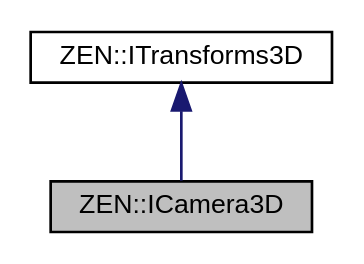
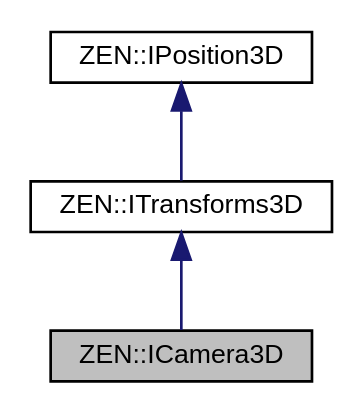
Before and after one commit to markhj/zeronetics: the diagram in classZEN_1_1ICamera3D__coll__graph.dot, drawn with Graphviz. The commit also changed 184 other files, not shown here.

```diff
--- a/classZEN_1_1ICamera3D__coll__graph.dot
+++ b/classZEN_1_1ICamera3D__coll__graph.dot
@@ -1,9 +1,11 @@
 digraph "ZEN::ICamera3D"
 {
  // LATEX_PDF_SIZE
   edge [fontname="Helvetica",fontsize="10",labelfontname="Helvetica",labelfontsize="10"];
   node [fontname="Helvetica",fontsize="10",shape=record];
   Node1 [label="ZEN::ICamera3D",height=0.2,width=0.4,color="black", fillcolor="grey75", style="filled", fontcolor="black",tooltip=" "];
   Node2 -> Node1 [dir="back",color="midnightblue",fontsize="10",style="solid",fontname="Helvetica"];
   Node2 [label="ZEN::ITransforms3D",height=0.2,width=0.4,color="black", fillcolor="white", style="filled",URL="$classZEN_1_1ITransforms3D.html",tooltip=" "];
+  Node3 -> Node2 [dir="back",color="midnightblue",fontsize="10",style="solid",fontname="Helvetica"];
+  Node3 [label="ZEN::IPosition3D",height=0.2,width=0.4,color="black", fillcolor="white", style="filled",URL="$classZEN_1_1IPosition3D.html",tooltip=" "];
 }
```
